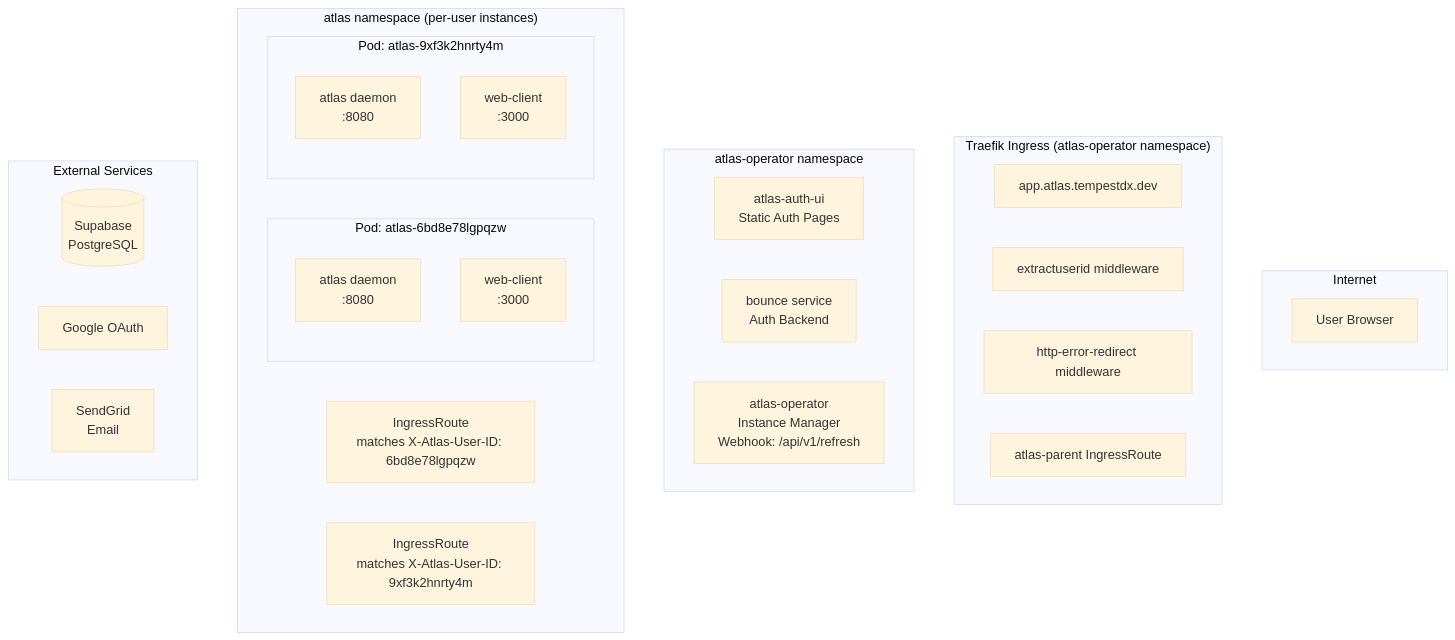
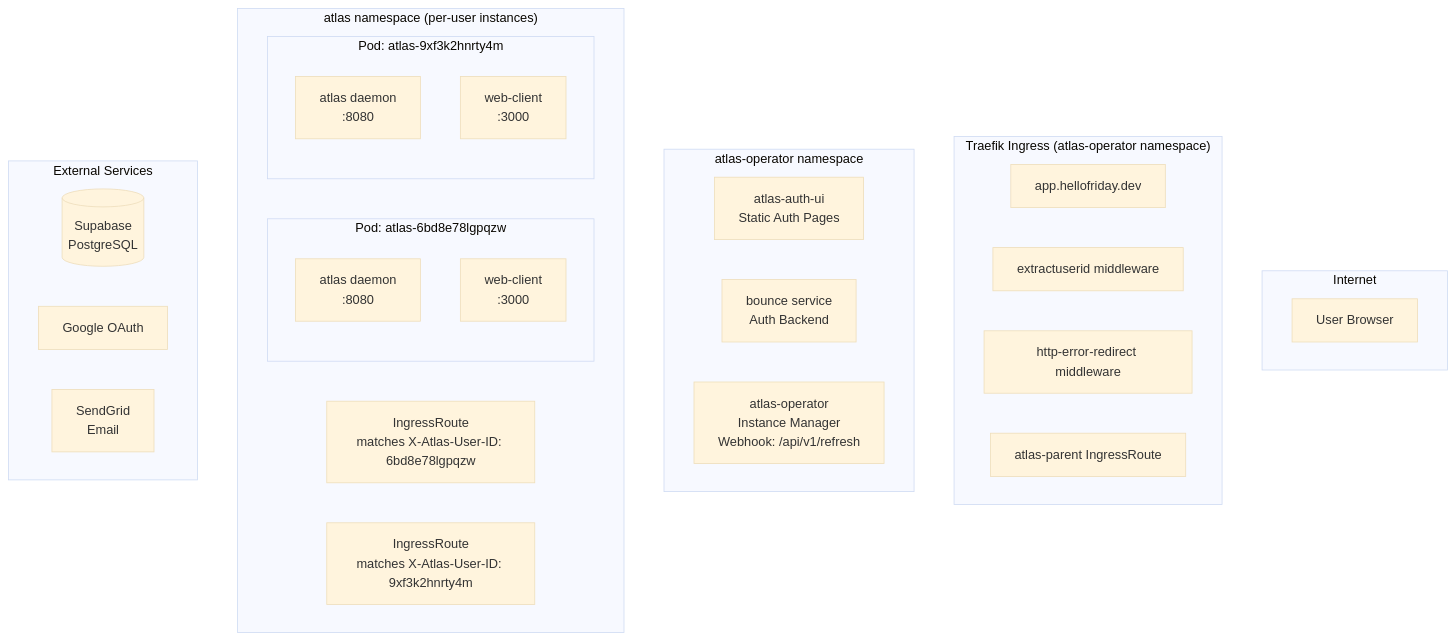
The first of 10 diagrams in docs/ATLAS_AUTH_USER_JOURNEY.md (friday-platform/friday-studio), drawn with Mermaid (base theme) before and after one commit. The commit also changed other lines of this file and 20 other files, not shown here.

First line of the commit message:
chore: rebrand domains from tempestdx to hellofriday (#1223)

````diff
--- a/docs/ATLAS_AUTH_USER_JOURNEY.md
+++ b/docs/ATLAS_AUTH_USER_JOURNEY.md
@@ -5,38 +5,38 @@
 ```mermaid
 graph TB
     subgraph "Internet"
         User[User Browser]
     end
 
     subgraph "Traefik Ingress (atlas-operator namespace)"
-        Ingress[app.atlas.tempestdx.dev]
+        Ingress[app.hellofriday.dev]
         ExtractUserID[extractuserid middleware]
         ErrorRedirect[http-error-redirect middleware]
         ParentRoute[atlas-parent IngressRoute]
     end
 
     subgraph "atlas-operator namespace"
         AuthUI[atlas-auth-ui<br/>Static Auth Pages]
         Bounce[bounce service<br/>Auth Backend]
         AtlasOp[atlas-operator<br/>Instance Manager<br/>Webhook: /api/v1/refresh]
     end
 
     subgraph "atlas namespace (per-user instances)"
         subgraph "Pod: atlas-6bd8e78lgpqzw"
             Daemon1[atlas daemon<br/>:8080]
             WebClient1[web-client<br/>:3000]
         end
         subgraph "Pod: atlas-9xf3k2hnrty4m"
             Daemon2[atlas daemon<br/>:8080]
             WebClient2[web-client<br/>:3000]
         end
         IngressRoute1[IngressRoute<br/>matches X-Atlas-User-ID: 6bd8e78lgpqzw]
         IngressRoute2[IngressRoute<br/>matches X-Atlas-User-ID: 9xf3k2hnrty4m]
     end
 
     subgraph "External Services"
         Supabase[(Supabase<br/>PostgreSQL)]
         Google[Google OAuth]
         SendGrid[SendGrid<br/>Email]
     end
 ```
````
